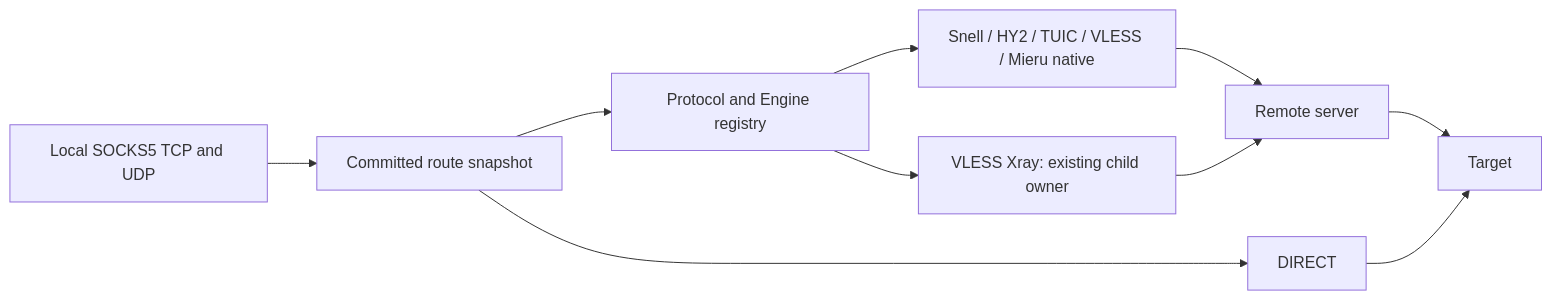
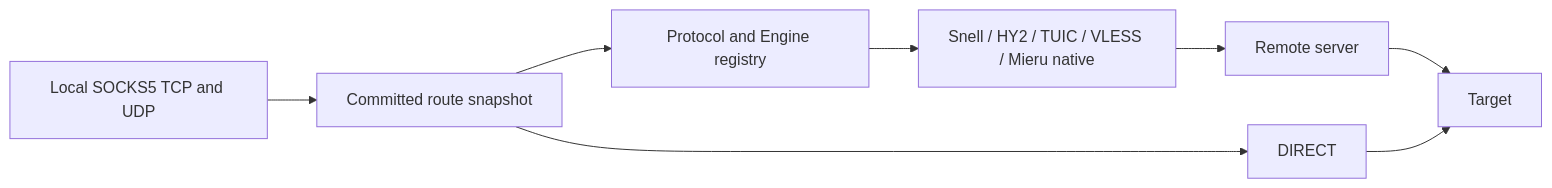
One commit to ike-sh/Splicore changed the diagram in docs/architecture/CLIENT_RUNTIME.md. Above: the diagram before and after it, drawn with Mermaid. The commit also changed other lines of this file and 194 other files, not shown here.

````diff
--- a/docs/architecture/CLIENT_RUNTIME.md
+++ b/docs/architecture/CLIENT_RUNTIME.md
@@ -19,12 +19,10 @@
 ```mermaid
 flowchart LR
     SOCKS[Local SOCKS5 TCP and UDP] --> Snapshot[Committed route snapshot]
     Snapshot --> Direct[DIRECT]
     Snapshot --> Registry[Protocol and Engine registry]
     Registry --> Native[Snell / HY2 / TUIC / VLESS / Mieru native]
-    Registry --> Xray[VLESS Xray: existing child owner]
     Native --> Remote[Remote server]
-    Xray --> Remote
     Remote --> Target[Target]
     Direct --> Target
 ```
````
